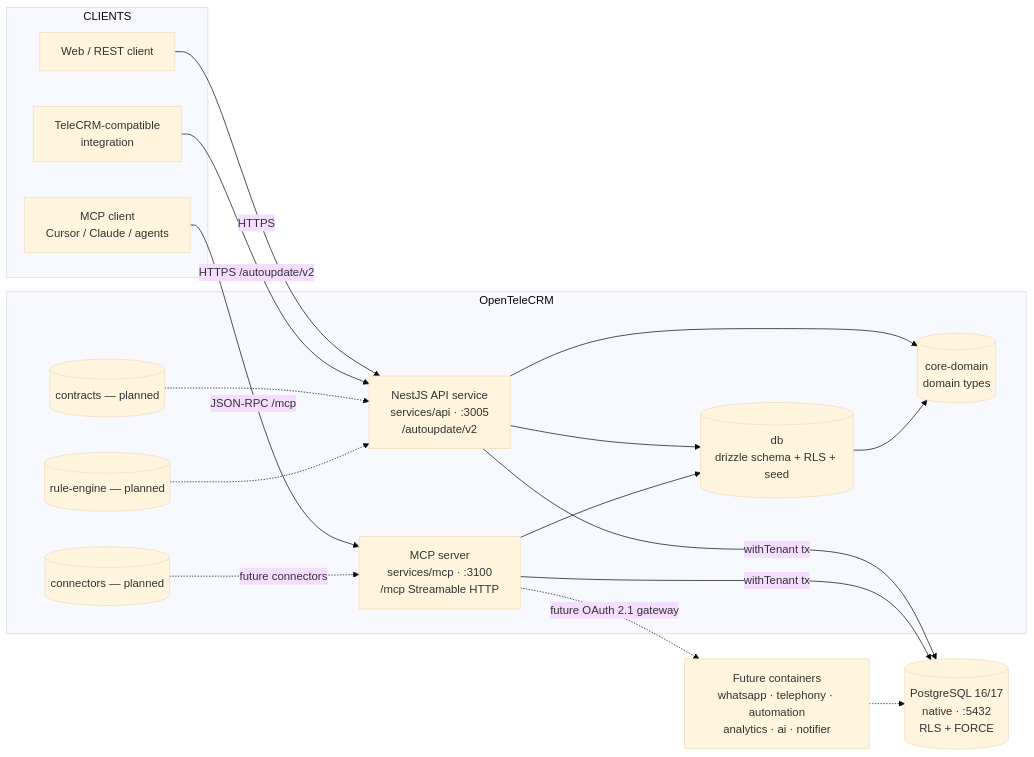
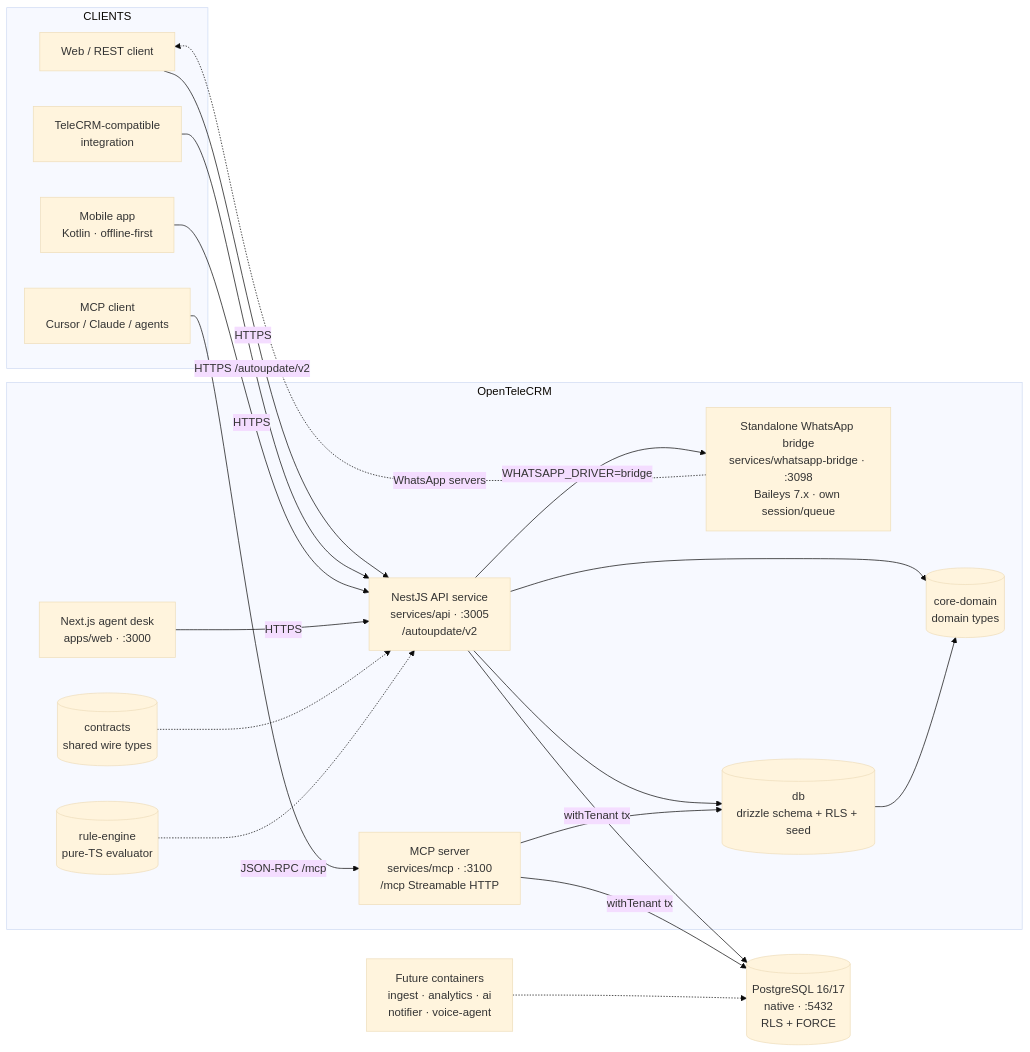
The second of 8 diagrams in docs/ARCHITECTURE.md (iamsrishanth/OpenTeleCRM), drawn with Mermaid (base theme) before and after one commit. The commit also changed other lines of this file and 25 other files, not shown here.

````diff
--- a/docs/ARCHITECTURE.md
+++ b/docs/ARCHITECTURE.md
@@ -56,33 +57,37 @@
 ```mermaid
 flowchart LR
   subgraph CLIENTS
     C1[Web / REST client]
     C2[MCP client<br/>Cursor / Claude / agents]
     C3[TeleCRM-compatible<br/>integration]
+    C4[Mobile app<br/>Kotlin · offline-first]
   end
   subgraph OTEL[OpenTeleCRM]
     API[NestJS API service<br/>services/api · :3005<br/>/autoupdate/v2]
     MCP[MCP server<br/>services/mcp · :3100<br/>/mcp Streamable HTTP]
+    WS[Standalone WhatsApp bridge<br/>services/whatsapp-bridge · :3098<br/>Baileys 7.x · own session/queue]
+    WEB[Next.js agent desk<br/>apps/web · :3000]
     CD[(core-domain<br/>domain types)]
     DB[(db<br/>drizzle schema + RLS + seed)]
-    CT[(contracts — planned)]
-    RE[(rule-engine — planned)]
-    CX[(connectors — planned)]
+    CT[(contracts<br/>shared wire types)]
+    RE[(rule-engine<br/>pure-TS evaluator)]
   end
   PG[(PostgreSQL 16/17<br/>native · :5432<br/>RLS + FORCE)]
-  RQ[Future containers<br/>whatsapp · telephony · automation<br/>analytics · ai · notifier]
+  RQ[Future containers<br/>ingest · analytics · ai<br/>notifier · voice-agent]
   C1 -->|HTTPS| API
   C2 -->|JSON-RPC /mcp| MCP
   C3 -->|HTTPS /autoupdate/v2| API
+  C4 -->|HTTPS| API
+  WEB -->|HTTPS| API
+  API -->|WHATSAPP_DRIVER=bridge| WS
+  WS -.->|WhatsApp servers| C1
   API -->|withTenant tx| PG
   MCP -->|withTenant tx| PG
   API --> CD
   API --> DB
   MCP --> DB
   DB --> CD
   CT -.-> API
   RE -.-> API
-  CX -.->|future connectors| MCP
-  MCP -.->|future OAuth 2.1 gateway| RQ
   RQ -.-> PG
 ```
````
